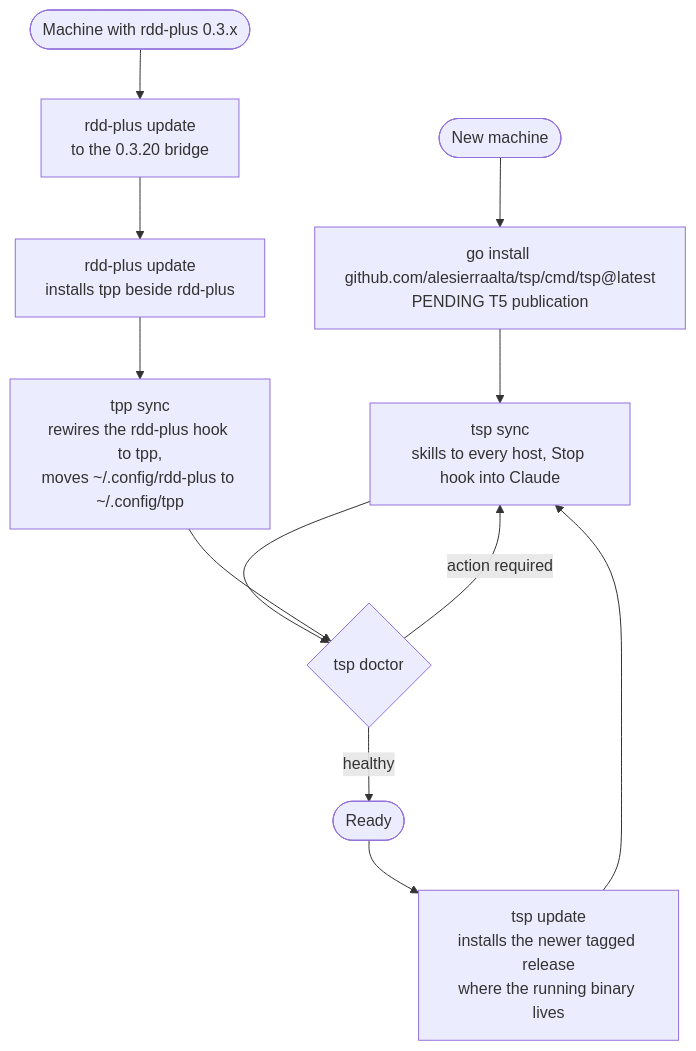
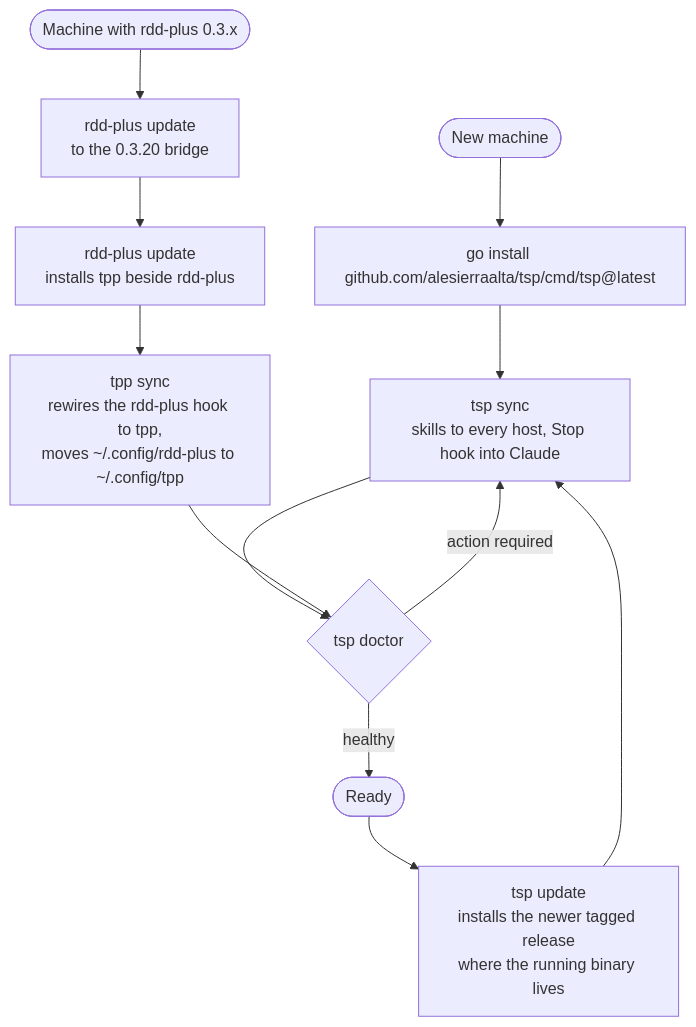
One commit to alesierraalta/tpp changed the fourth of 4 diagrams in README.md. Above: the diagram before and after it, drawn with Mermaid. The commit also changed other lines of this file and 4 other files, not shown here.

````diff
--- a/README.md
+++ b/README.md
@@ -114,14 +114,14 @@
 ```mermaid
 flowchart TD
-    new([New machine]) --> install[go install github.com/alesierraalta/tsp/cmd/tsp@latest<br/>PENDING T5 publication]
+    new([New machine]) --> install[go install github.com/alesierraalta/tsp/cmd/tsp@latest]
     install --> sync[tsp sync<br/>skills to every host, Stop hook into Claude]
     sync --> doctor{tsp doctor}
     doctor -- healthy --> use([Ready])
     doctor -- action required --> sync
     use --> update[tsp update<br/>installs the newer tagged release<br/>where the running binary lives]
     update --> sync
     old([Machine with rdd-plus 0.3.x]) --> bridge[rdd-plus update<br/>to the 0.3.20 bridge]
     bridge --> bridge2[rdd-plus update<br/>installs tpp beside rdd-plus]
     bridge2 --> migrate[tpp sync<br/>rewires the rdd-plus hook to tpp,<br/>moves ~/.config/rdd-plus to ~/.config/tpp]
     migrate --> doctor
 ```
````
